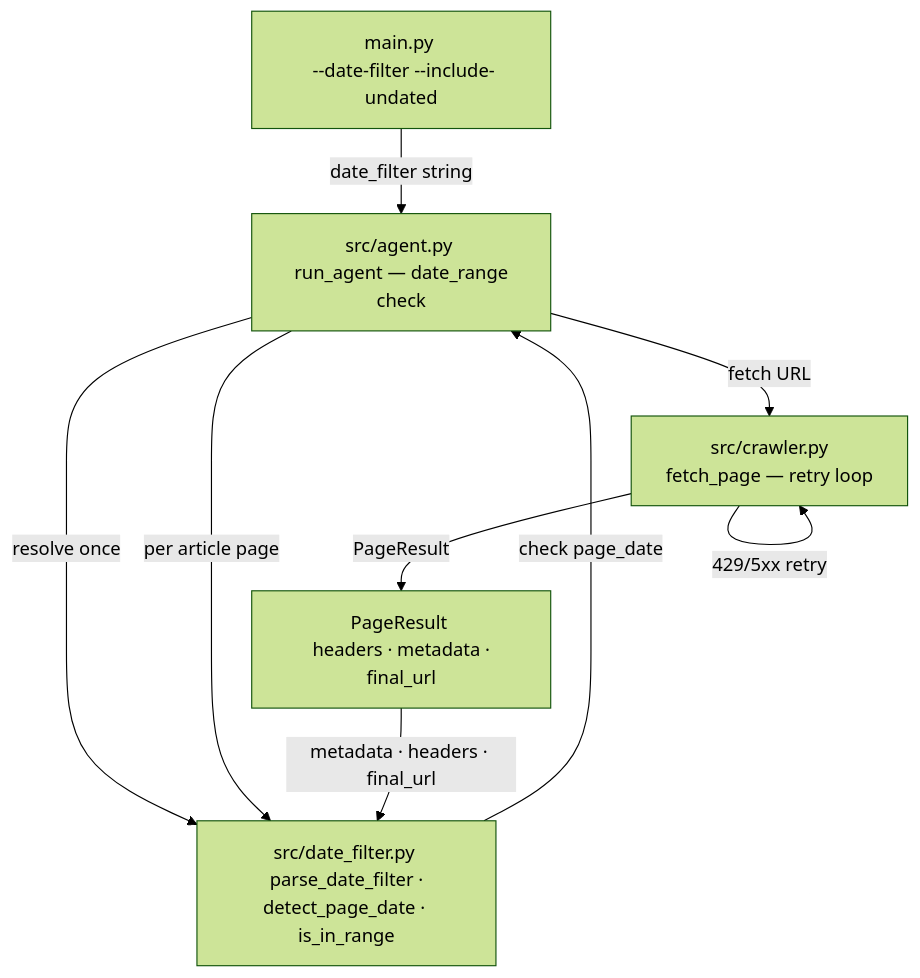
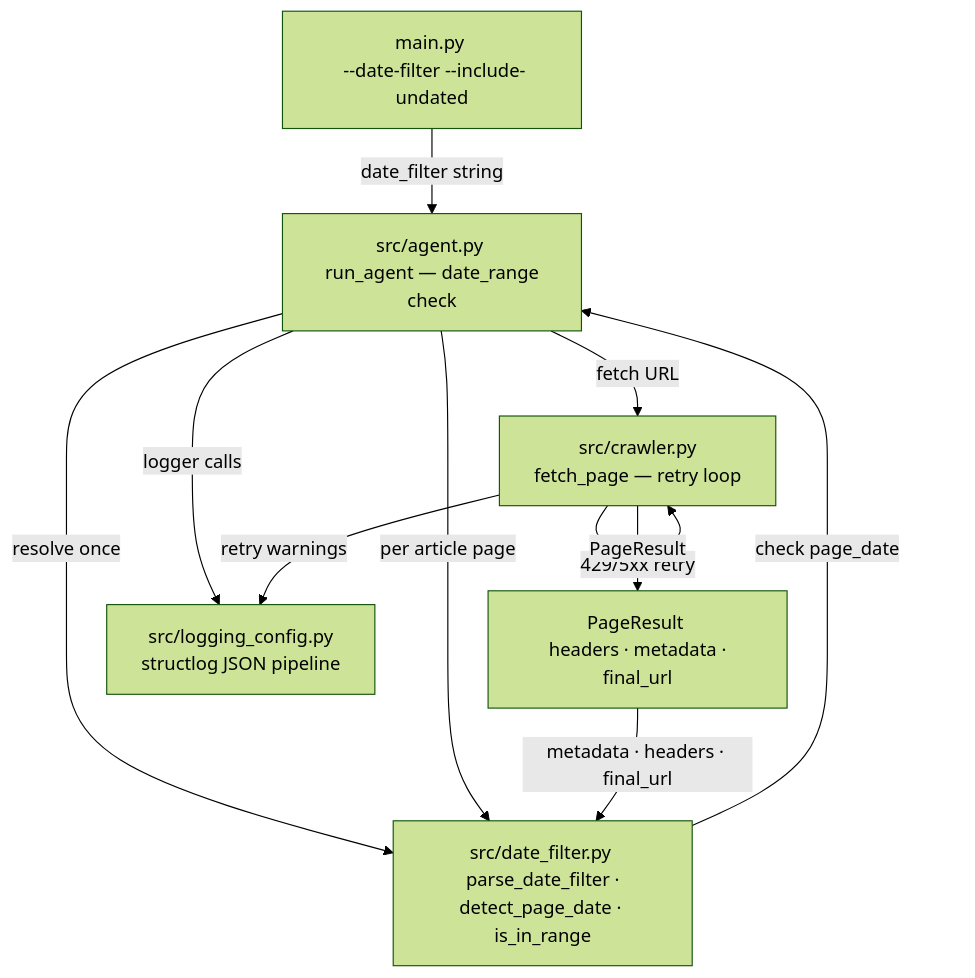
One commit to tuanhdangdinh/agentic-news-crawler changed the diagram in docs/reports/week5_implementation_report.md. Above: the diagram before and after it, drawn with Mermaid (forest theme). The commit also changed other lines of this file, not shown here.

Commit message:
docs: update week 5 report — add logging section, fix test counts, update entry criteria

````diff
--- a/docs/reports/week5_implementation_report.md
+++ b/docs/reports/week5_implementation_report.md
@@ -33,17 +36,20 @@
 ```mermaid
 flowchart TD
     CLI["main.py <br> --date-filter --include-undated"]
     AGENT["src/agent.py <br> run_agent — date_range check"]
     FILTER["src/date_filter.py <br> parse_date_filter · detect_page_date · is_in_range"]
     CRAWLER["src/crawler.py <br> fetch_page — retry loop"]
     PAGE["PageResult <br> headers · metadata · final_url"]
+    LOG["src/logging_config.py <br> structlog JSON pipeline"]
 
     CLI -->|"date_filter string"| AGENT
     AGENT -->|"resolve once"| FILTER
     AGENT -->|"per article page"| FILTER
     FILTER -->|"check page_date"| AGENT
     AGENT -->|"fetch URL"| CRAWLER
     CRAWLER -->|"429/5xx retry"| CRAWLER
     CRAWLER -->|"PageResult"| PAGE
     PAGE -->|"metadata · headers · final_url"| FILTER
+    AGENT -->|"logger calls"| LOG
+    CRAWLER -->|"retry warnings"| LOG
 ```
````
